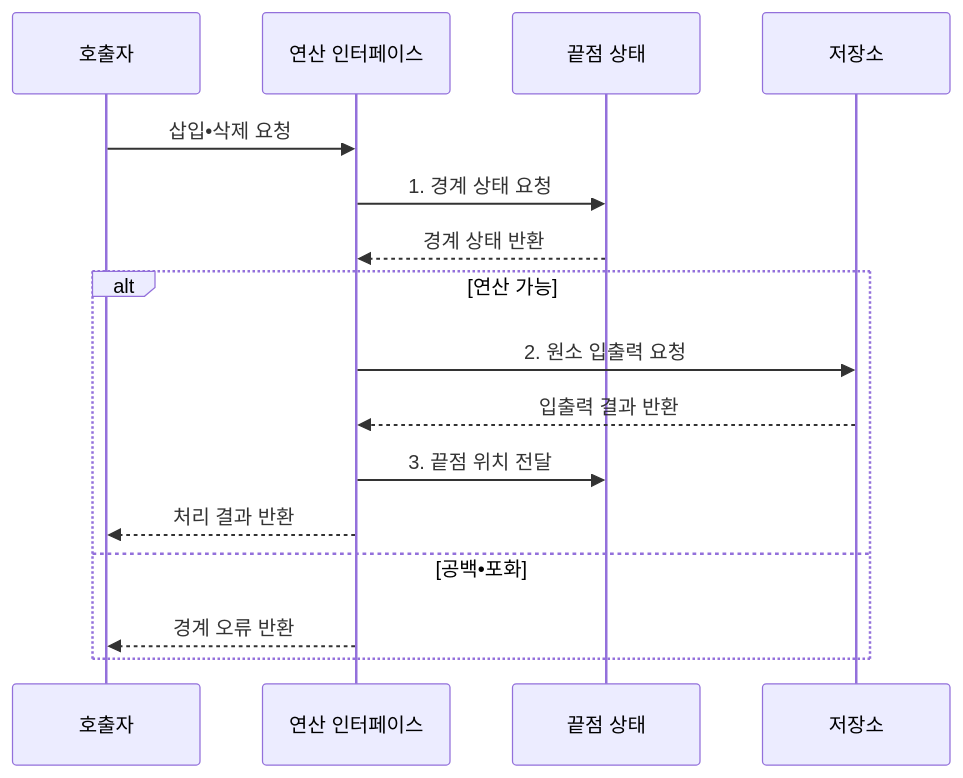
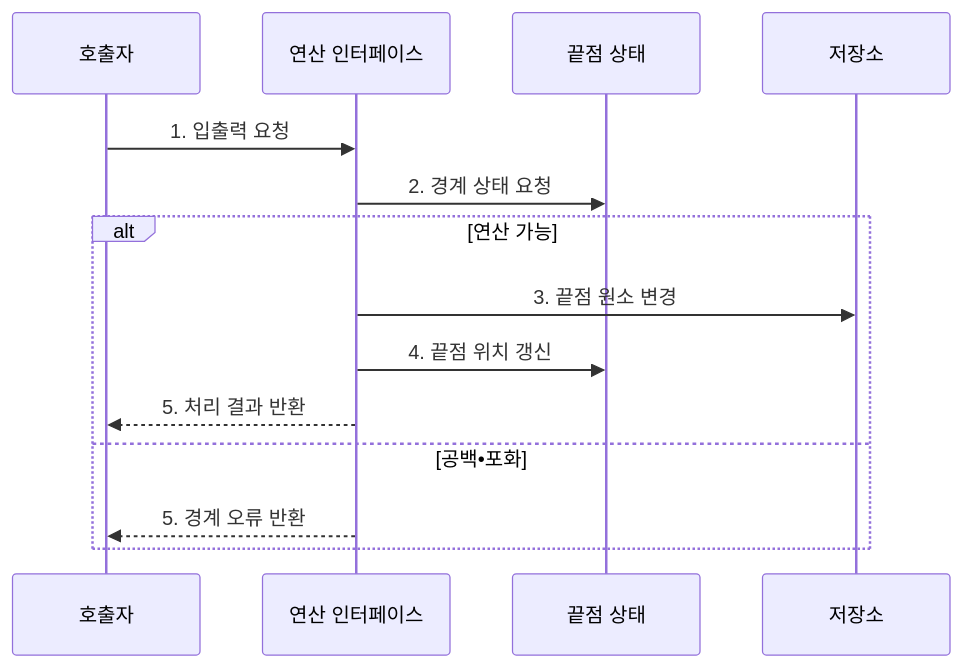
One commit to agnusdei1207/knowledge-base changed the second of 2 diagrams in src/content/docs/notes/01-basic-theory/007_stack_queue_deque.md. Above: the diagram before and after it, drawn with Mermaid. The commit also changed other lines of this file and 28 other files, not shown here.

````diff
--- a/src/content/docs/notes/01-basic-theory/007_stack_queue_deque.md
+++ b/src/content/docs/notes/01-basic-theory/007_stack_queue_deque.md
@@ -76,18 +76,16 @@
 ```mermaid
 sequenceDiagram
     participant Q as 호출자
     participant I as 연산 인터페이스
     participant E as 끝점 상태
     participant S as 저장소
-    Q->>I: 삽입•삭제 요청
-    I->>E: 1. 경계 상태 요청
-    E-->>I: 경계 상태 반환
+    Q->>I: 1. 입출력 요청
+    I->>E: 2. 경계 상태 요청
     alt 연산 가능
-        I->>S: 2. 원소 입출력 요청
-        S-->>I: 입출력 결과 반환
-        I->>E: 3. 끝점 위치 전달
-        I-->>Q: 처리 결과 반환
+        I->>S: 3. 끝점 원소 변경
+        I->>E: 4. 끝점 위치 갱신
+        I-->>Q: 5. 처리 결과 반환
     else 공백•포화
-        I-->>Q: 경계 오류 반환
+        I-->>Q: 5. 경계 오류 반환
     end
 ```
````
